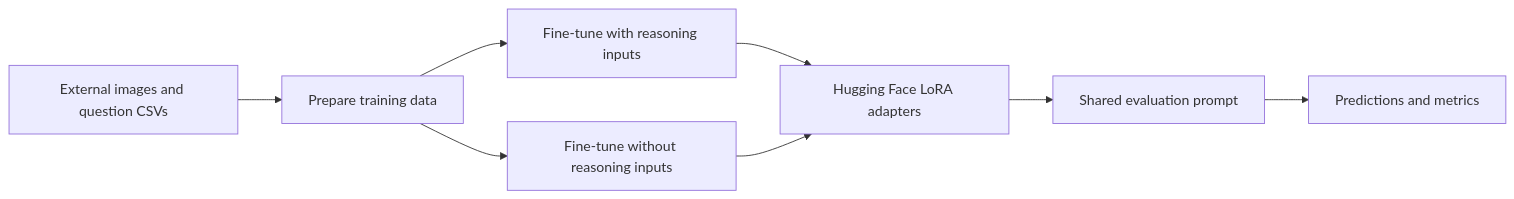
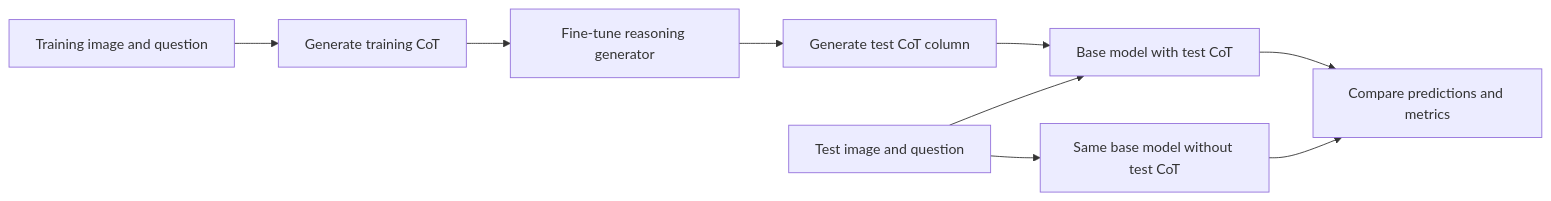
Before and after one commit to arups330/ElitLab_MED_VQA: the first of 2 diagrams in README.md, drawn with Mermaid. The commit also changed other lines of this file and 40 other files, not shown here.

````diff
--- a/README.md
+++ b/README.md
@@ -45,10 +22,11 @@
 ```mermaid
 flowchart LR
-    A[External images and question CSVs] --> B[Prepare training data]
-    B --> C[Fine-tune with reasoning inputs]
-    B --> D[Fine-tune without reasoning inputs]
-    C --> E[Hugging Face LoRA adapters]
-    D --> E
-    E --> F[Shared evaluation prompt]
-    F --> G[Predictions and metrics]
+    T[Training image and question] --> G[Generate training CoT]
+    G --> R[Fine-tune reasoning generator]
+    R --> C[Generate test CoT column]
+    C --> A[Base model with test CoT]
+    Q[Test image and question] --> A
+    Q --> B[Same base model without test CoT]
+    A --> M[Compare predictions and metrics]
+    B --> M
 ```
````
